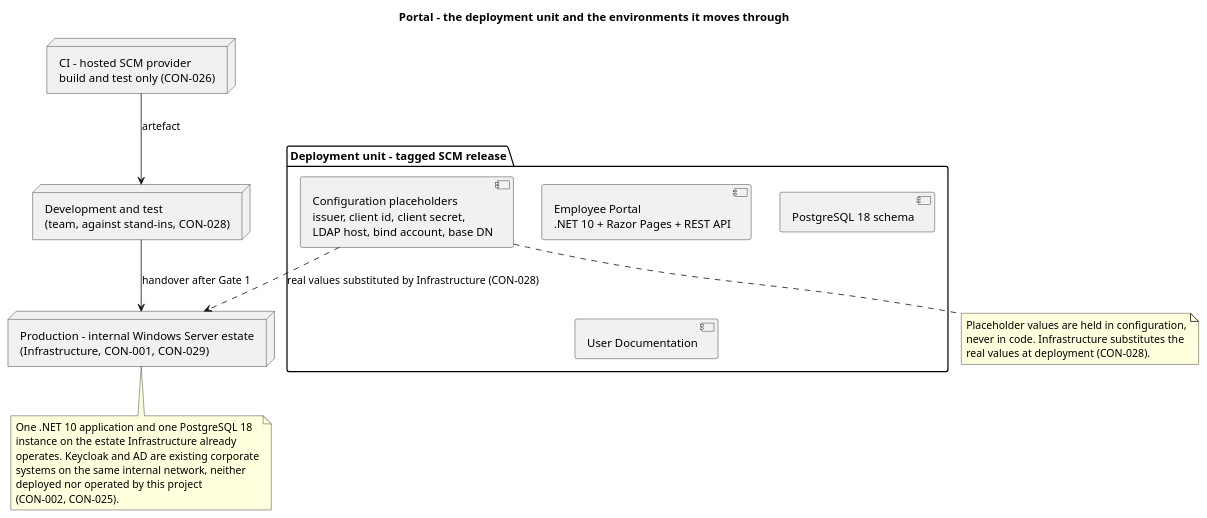
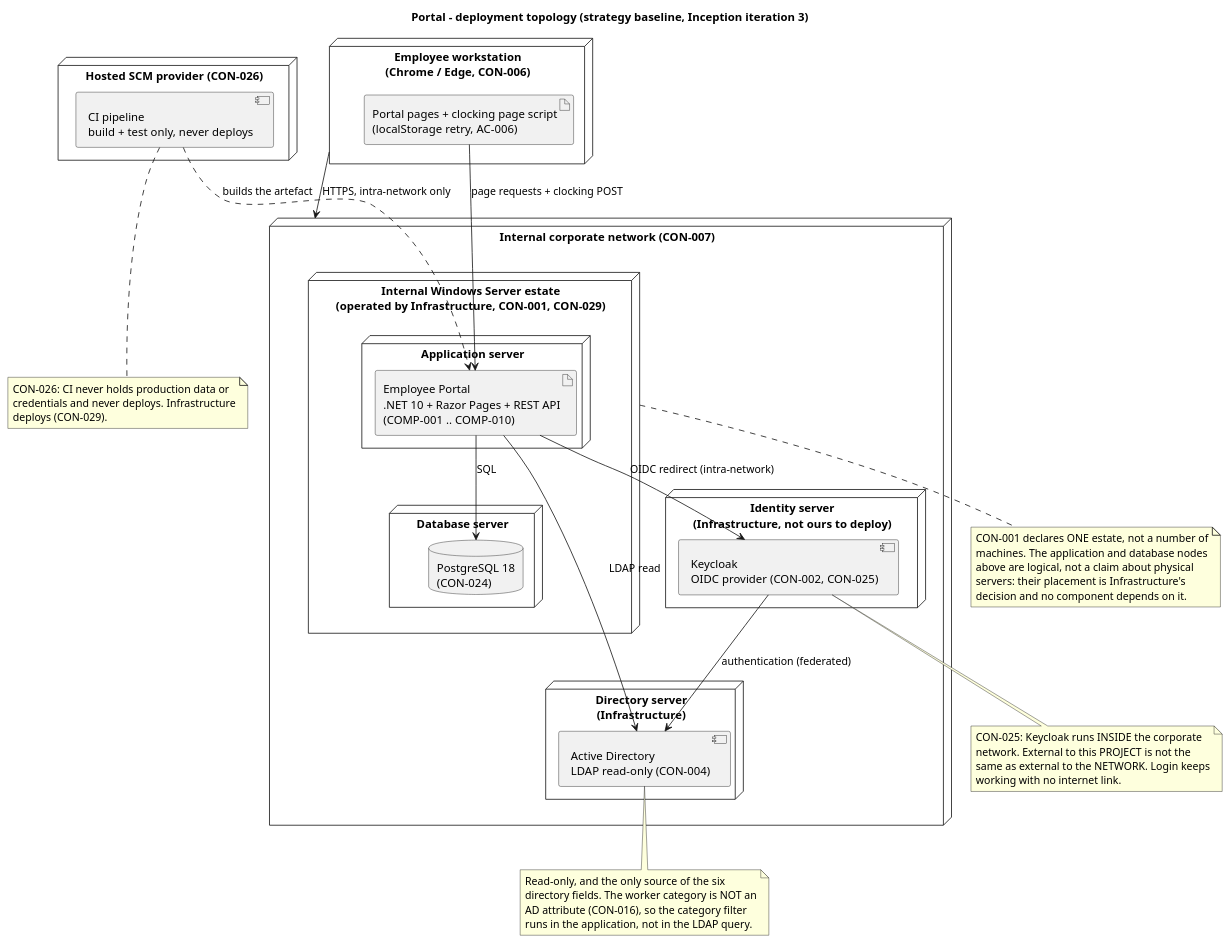
One commit to banense-test/portal changed the first of 2 diagrams in docs/DEPLOYMENT_STRATEGY.md. Above: the diagram before and after it, drawn with PlantUML. The commit also changed other lines of this file, not shown here.

Commit message:
chore(dm): publish deployment strategy baseline (Inception iteration 3)

````diff
--- a/docs/DEPLOYMENT_STRATEGY.md
+++ b/docs/DEPLOYMENT_STRATEGY.md
@@ -48,34 +51,66 @@
 ```plantuml
-@startuml DM_DeploymentUnit
-title Portal - the deployment unit and the environments it moves through
+@startuml DM_StrategyTopology
+title Portal - deployment topology (strategy baseline, Inception iteration 3)
 
-package "Deployment unit - tagged SCM release" {
-  component "Employee Portal\n.NET 10 + Razor Pages + REST API" as APP
-  component "PostgreSQL 18 schema" as SCHEMA
-  component "Configuration placeholders\nissuer, client id, client secret,\nLDAP host, bind account, base DN" as CFG
-  component "User Documentation" as DOC
+node "Employee workstation\n(Chrome / Edge, CON-006)" as WS {
+  artifact "Portal pages + clocking page script\n(localStorage retry, AC-006)" as BROWSER
 }
 
-node "Development and test\n(team, against stand-ins, CON-028)" as DEV
-node "CI - hosted SCM provider\nbuild and test only (CON-026)" as CI
-node "Production - internal Windows Server estate\n(Infrastructure, CON-001, CON-029)" as PROD
+node "Internal corporate network (CON-007)" as NET {
+  node "Internal Windows Server estate\n(operated by Infrastructure, CON-001, CON-029)" as ESTATE {
+    node "Application server" as APPSRV {
+      artifact "Employee Portal\n.NET 10 + Razor Pages + REST API\n(COMP-001 .. COMP-010)" as APP
+    }
+    node "Database server" as DBSRV {
+      database "PostgreSQL 18\n(CON-024)" as PG
+    }
+  }
+  node "Identity server\n(Infrastructure, not ours to deploy)" as IDSRV {
+    component "Keycloak\nOIDC provider (CON-002, CON-025)" as KC
+  }
+  node "Directory server\n(Infrastructure)" as DIRSRV {
+    component "Active Directory\nLDAP read-only (CON-004)" as AD
+  }
+}
 
-CI --> DEV : artefact
-DEV --> PROD : handover after Gate 1
-CFG ..> PROD : real values substituted by Infrastructure (CON-028)
+node "Hosted SCM provider (CON-026)" as CI {
+  component "CI pipeline\nbuild + test only, never deploys" as PIPE
+}
 
-note bottom of CFG
-  Placeholder values are held in configuration,
-  never in code. Infrastructure substitutes the
-  real values at deployment (CON-028).
+WS --> NET : HTTPS, intra-network only
+BROWSER --> APP : page requests + clocking POST
+APP --> PG : SQL
+APP --> KC : OIDC redirect (intra-network)
+APP --> AD : LDAP read
+KC --> AD : authentication (federated)
+PIPE ..> APP : builds the artefact
+
+note bottom of PIPE
+  CON-026: CI never holds production data or
+  credentials and never deploys. Infrastructure
+  deploys (CON-029).
 end note
-note bottom of PROD
-  One .NET 10 application and one PostgreSQL 18
-  instance on the estate Infrastructure already
-  operates. Keycloak and AD are existing corporate
-  systems on the same internal network, neither
-  deployed nor operated by this project
-  (CON-002, CON-025).
+
+note bottom of KC
+  CON-025: Keycloak runs INSIDE the corporate
+  network. External to this PROJECT is not the
+  same as external to the NETWORK. Login keeps
+  working with no internet link.
+end note
+
+note bottom of ESTATE
+  CON-001 declares ONE estate, not a number of
+  machines. The application and database nodes
+  above are logical, not a claim about physical
+  servers: their placement is Infrastructure's
+  decision and no component depends on it.
+end note
+
+note bottom of AD
+  Read-only, and the only source of the six
+  directory fields. The worker category is NOT an
+  AD attribute (CON-016), so the category filter
+  runs in the application, not in the LDAP query.
 end note
 @enduml
 ```
````
